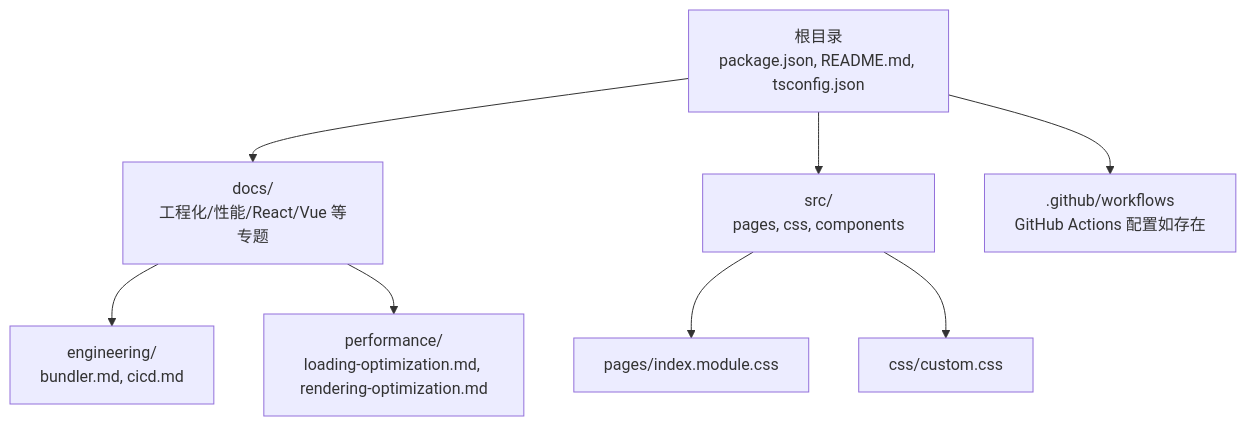
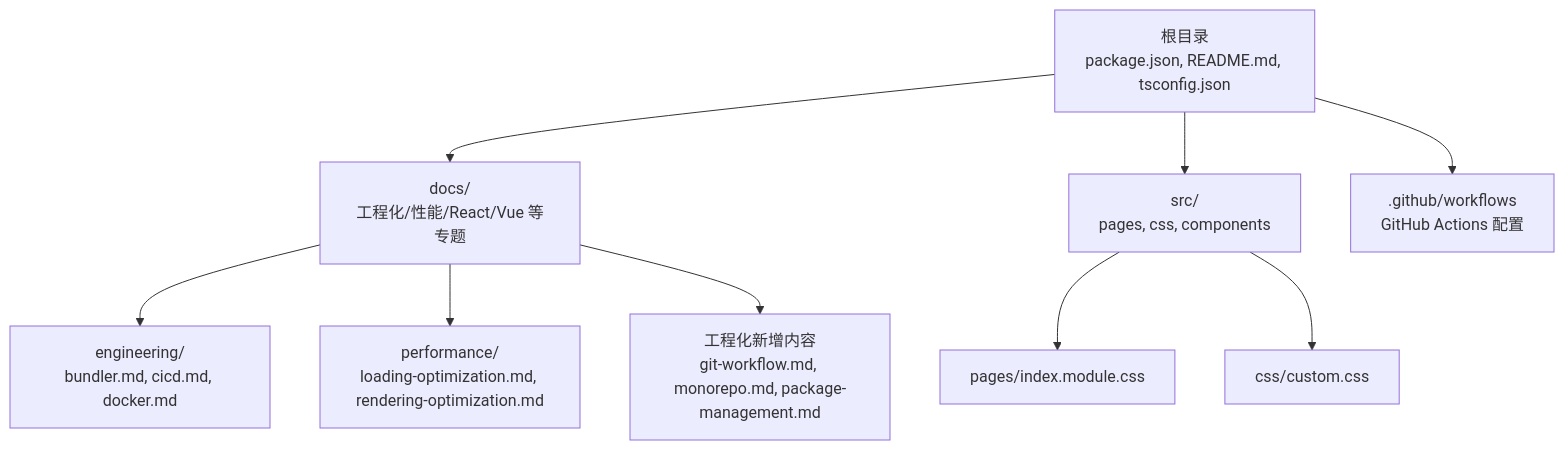
Before and after one commit to UnicornXU/knowledge-base: the first of 11 diagrams in .qoder/repowiki/zh/content/工程化实践/工程化实践.md, drawn with Mermaid. The commit also changed other lines of this file and 7 other files, not shown here.

````diff
--- a/.qoder/repowiki/zh/content/工程化实践/工程化实践.md
+++ b/.qoder/repowiki/zh/content/工程化实践/工程化实践.md
@@ -35,10 +47,11 @@
 ```mermaid
 graph TB
 A["根目录<br/>package.json, README.md, tsconfig.json"] --> B["docs/<br/>工程化/性能/React/Vue 等专题"]
 A --> C["src/<br/>pages, css, components"]
-A --> D[".github/workflows<br/>GitHub Actions 配置如存在"]
-B --> B1["engineering/<br/>bundler.md, cicd.md"]
+A --> D[".github/workflows<br/>GitHub Actions 配置"]
+B --> B1["engineering/<br/>bundler.md, cicd.md, docker.md"]
 B --> B2["performance/<br/>loading-optimization.md, rendering-optimization.md"]
+B --> B3["工程化新增内容<br/>git-workflow.md, monorepo.md, package-management.md"]
 C --> C1["pages/index.module.css"]
 C --> C2["css/custom.css"]
 ```
````
